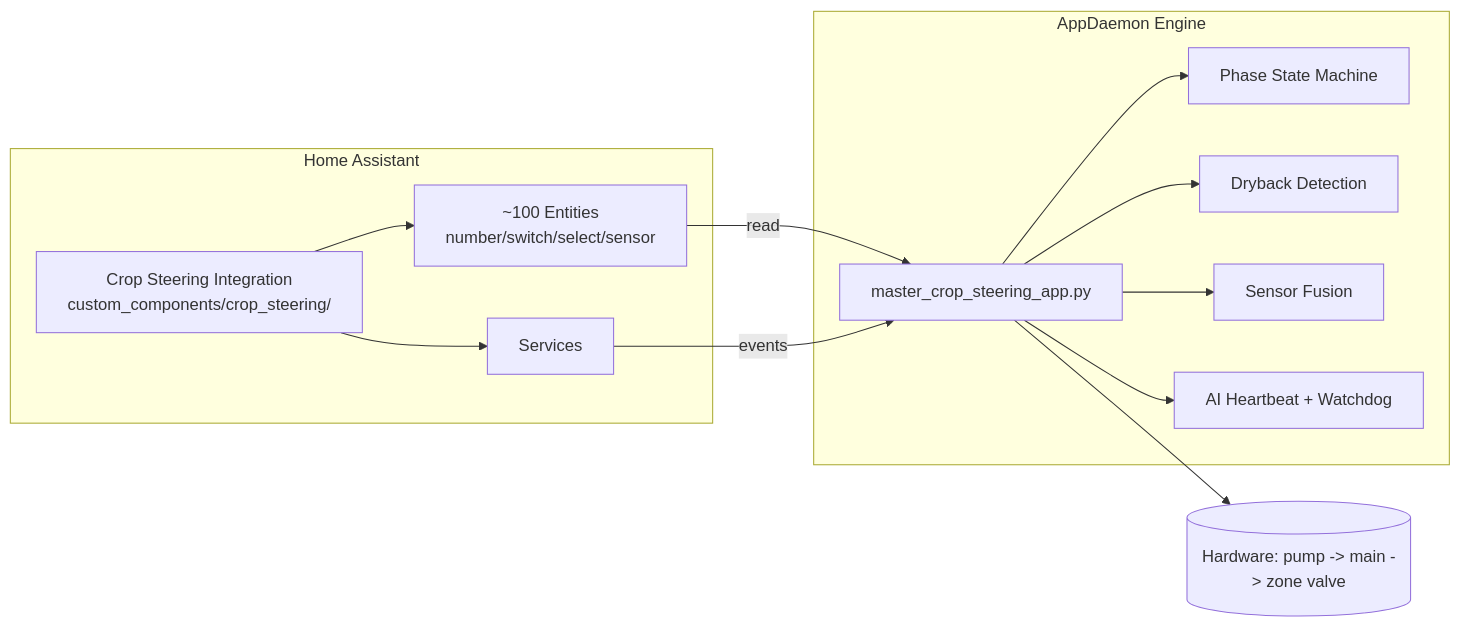
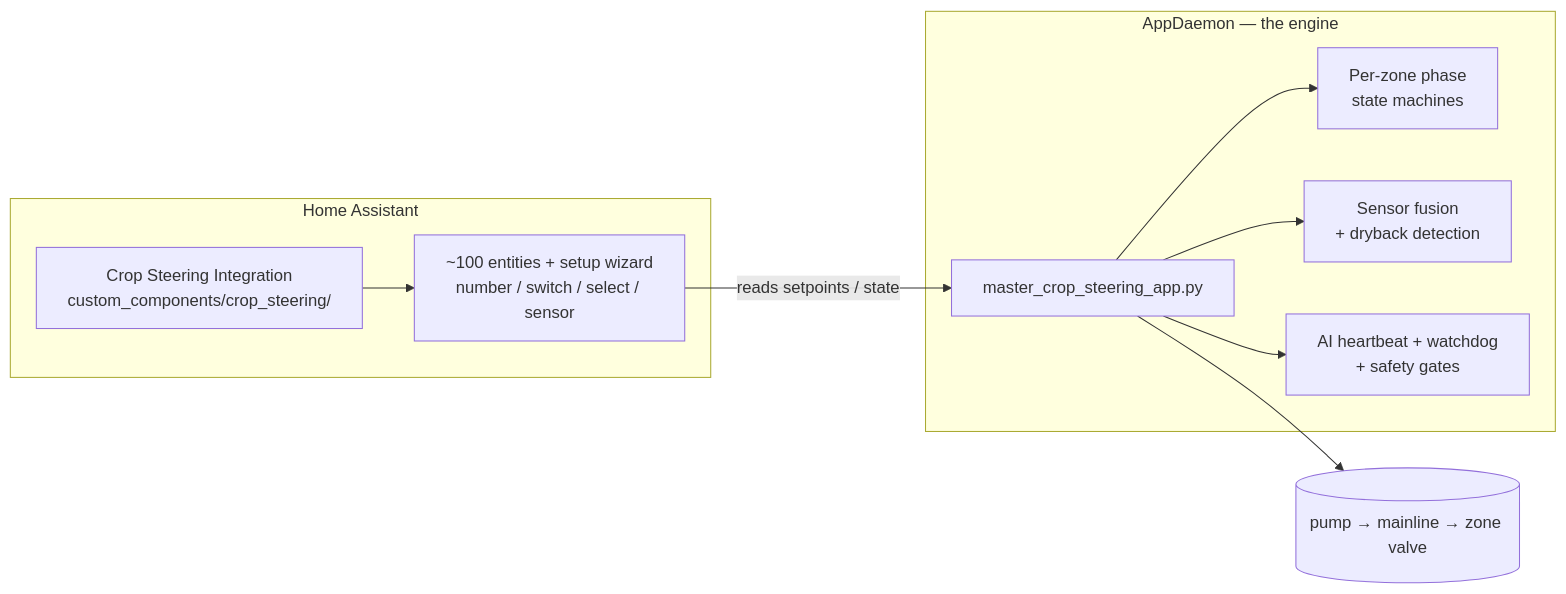
Before and after one commit to JakeTheRabbit/HA-Irrigation-Strategy: the second of 3 diagrams in README.md, drawn with Mermaid. The commit also changed other lines of this file, not shown here.

Commit message:
docs: rewrite README as a story — why crop steering, how it works, features, prerequisites, install + dial-in

````diff
--- a/README.md
+++ b/README.md
@@ -56,26 +104,21 @@
 ```mermaid
 flowchart LR
   subgraph HA[Home Assistant]
-    I[Crop Steering Integration\ncustom_components/crop_steering/]
-    E[~100 Entities\nnumber/switch/select/sensor]
-    SVC[Services]
+    I["Crop Steering Integration\ncustom_components/crop_steering/"]
+    E["~100 entities + setup wizard\nnumber / switch / select / sensor"]
   end
   I --> E
-  I --> SVC
 
-  subgraph AD[AppDaemon Engine]
-    M[master_crop_steering_app.py]
-    SM[Phase State Machine]
-    D[Dryback Detection]
-    F[Sensor Fusion]
-    HB[AI Heartbeat + Watchdog]
+  subgraph AD["AppDaemon — the engine"]
+    M["master_crop_steering_app.py"]
+    SM["Per-zone phase\nstate machines"]
+    FU["Sensor fusion\n+ dryback detection"]
+    SAFE["AI heartbeat + watchdog\n+ safety gates"]
   end
 
-  E -- read --> M
-  SVC -- events --> M
+  E -- "reads setpoints / state" --> M
   M --> SM
-  M --> D
-  M --> F
-  M --> HB
-  M --> HW[(Hardware: pump -> main -> zone valve)]
+  M --> FU
+  M --> SAFE
+  M --> HW[("pump → mainline → zone valve")]
 ```
````
